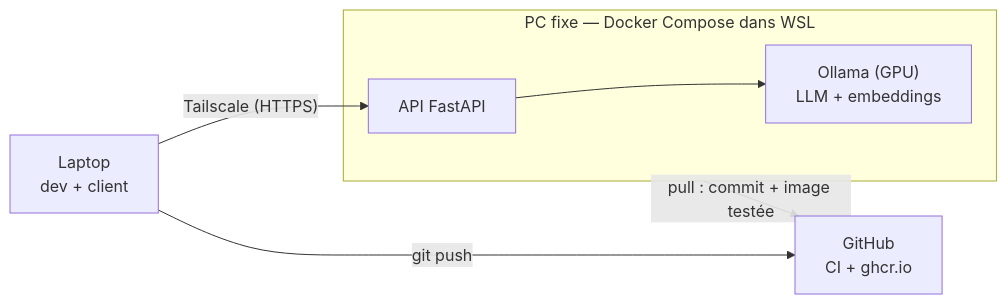
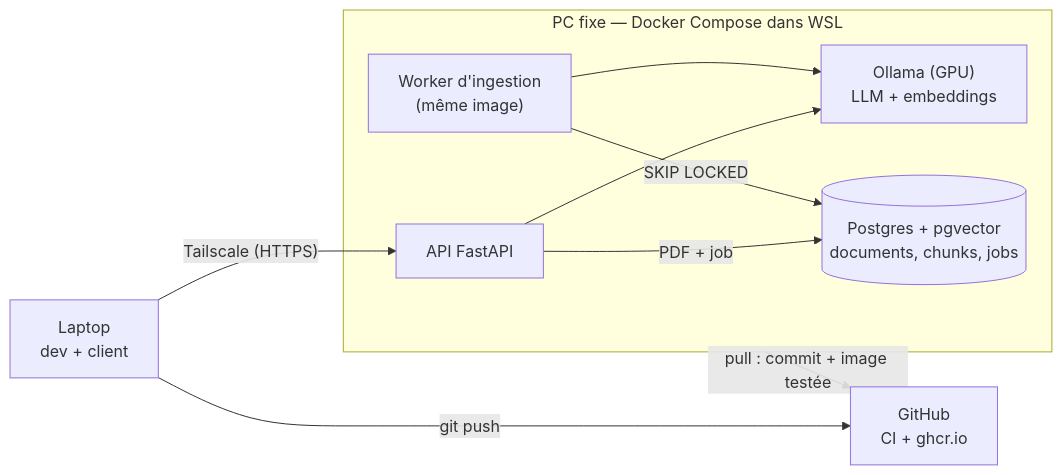
The diagram in README.md (Messine-7/rag-local), drawn with Mermaid before and after one commit. The commit also changed other lines of this file and 24 other files, not shown here.

First line of the commit message:
Phase 4 : ingestion PDF (Postgres + pgvector, worker, file de jobs)

````diff
--- a/README.md
+++ b/README.md
@@ -14,9 +14,12 @@
 ```mermaid
 flowchart LR
   L["Laptop<br/>dev + client"] -- git push --> G["GitHub<br/>CI + ghcr.io"]
   P -- "pull : commit + image testée" --> G
   L -- "Tailscale (HTTPS)" --> A
   subgraph P["PC fixe — Docker Compose dans WSL"]
     A["API FastAPI"] --> O["Ollama (GPU)<br/>LLM + embeddings"]
+    A -- "PDF + job" --> D[("Postgres + pgvector<br/>documents, chunks, jobs")]
+    W["Worker d'ingestion<br/>(même image)"] -- "SKIP LOCKED" --> D
+    W --> O
   end
 ```
````
